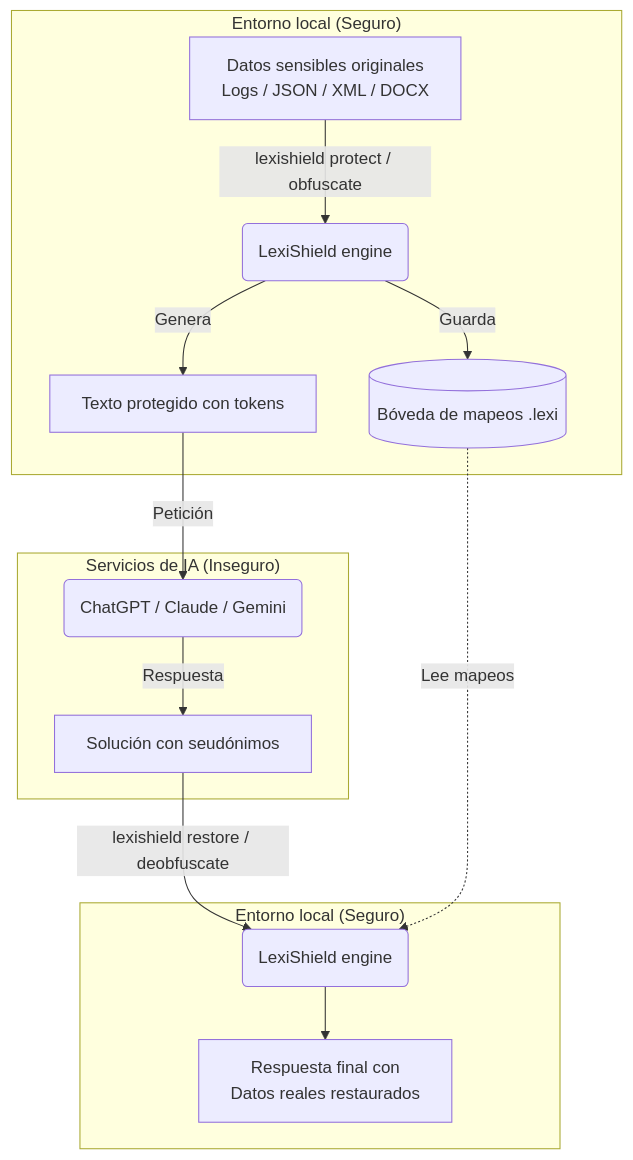
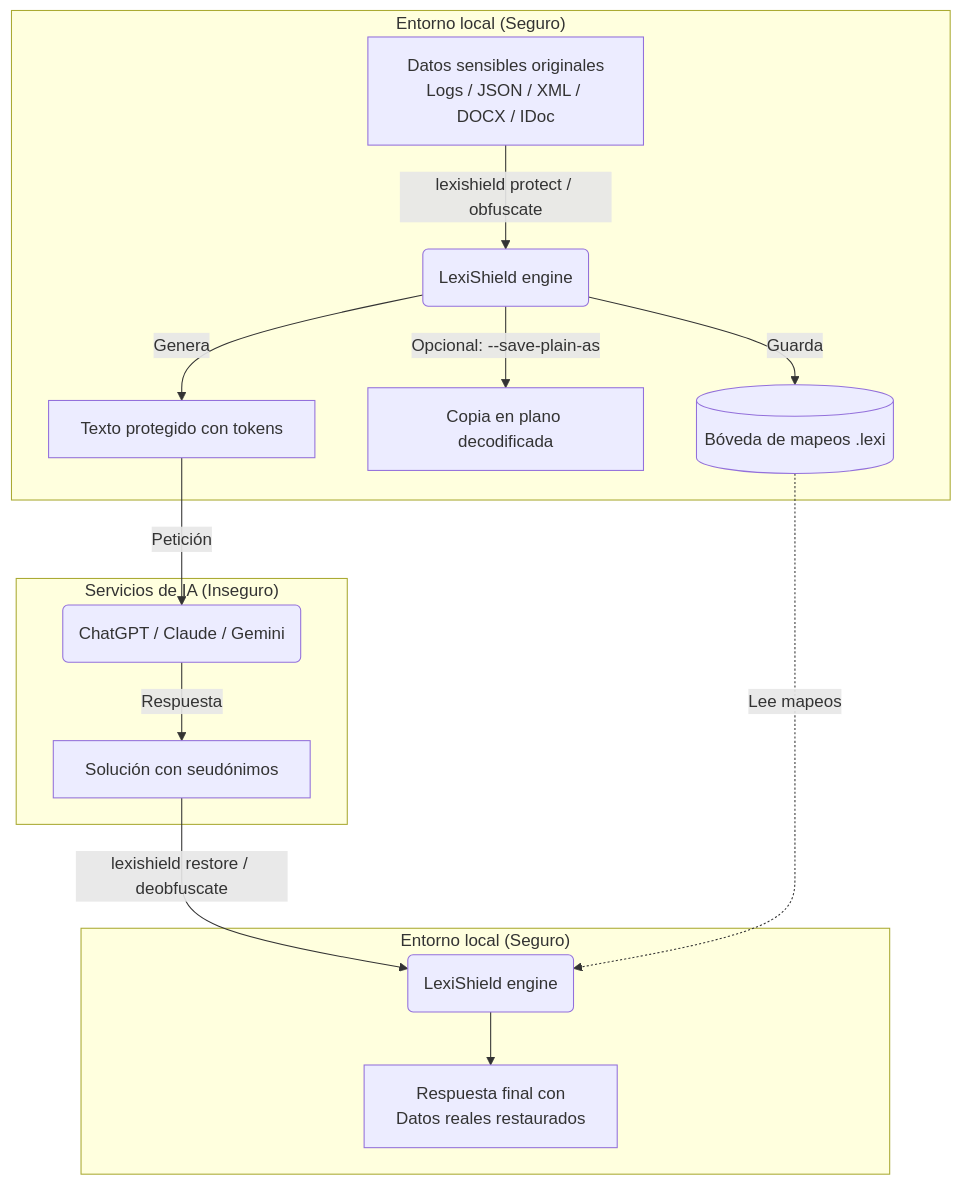
Before and after one commit to olorinj/lexishield: the first of 2 diagrams in README.md, drawn with Mermaid. The commit also changed other lines of this file and 1 other file, not shown here.

````diff
--- a/README.md
+++ b/README.md
@@ -39,19 +42,20 @@
 ```mermaid
 flowchart TD
     subgraph Local["Entorno local (Seguro)"]
-        A[Datos sensibles originales\nLogs / JSON / XML / DOCX] -->|lexishield protect / obfuscate| B(LexiShield engine)
+        A[Datos sensibles originales\nLogs / JSON / XML / DOCX / IDoc] -->|lexishield protect / obfuscate| B(LexiShield engine)
         B -->|Genera| C[Texto protegido con tokens]
+        B -->|Opcional: --save-plain-as| P[Copia en plano decodificada]
         B -->|Guarda| D[(Bóveda de mapeos .lexi)]
     end
 
     subgraph Nube["Servicios de IA (Inseguro)"]
         C -->|Petición| E(ChatGPT / Claude / Gemini)
         E -->|Respuesta| F[Solución con seudónimos]
     end
     
     subgraph Restauración["Entorno local (Seguro)"]
         F -->|lexishield restore / deobfuscate| G(LexiShield engine)
         D -.->|Lee mapeos| G
         G --> H[Respuesta final con\nDatos reales restaurados]
     end
 ```
````
